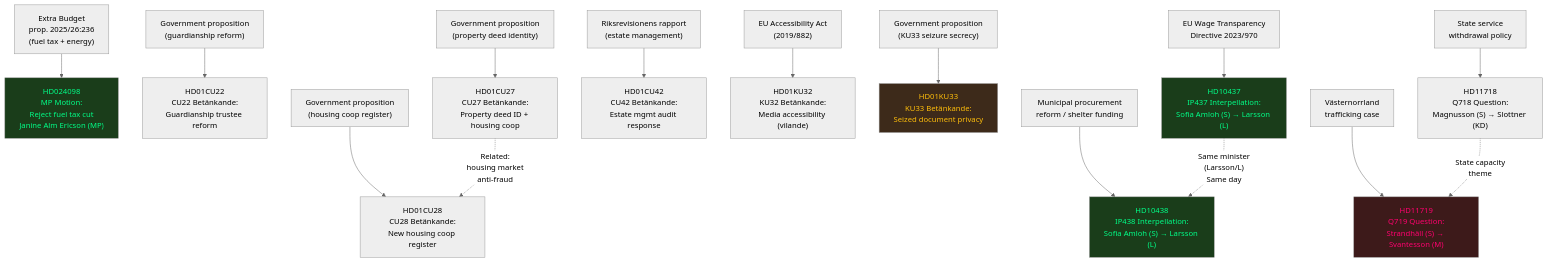
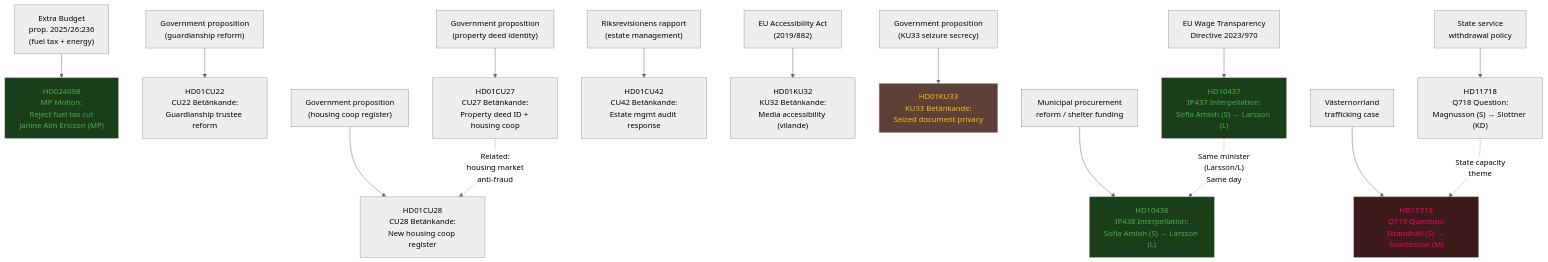
One commit to Hack23/riksdagsmonitor changed the first of 2 diagrams in analysis/daily/2026-04-17/evening-analysis/cross-reference-map.md. Above: the diagram before and after it, drawn with Mermaid (neutral theme). The commit also changed 785 other files, not shown here.

First line of the commit message:
Normalize mermaid colors across 786 analysis artifacts to ISMS Style Guide palette

````diff
--- a/analysis/daily/2026-04-17/evening-analysis/cross-reference-map.md
+++ b/analysis/daily/2026-04-17/evening-analysis/cross-reference-map.md
@@ -11,32 +11,32 @@
 ```mermaid
 graph TD
     EXT["Extra Budget\nprop. 2025/26:236\n(fuel tax + energy)"] --> MP["HD024098\nMP Motion:\nReject fuel tax cut\nJanine Alm Ericson (MP)"]
     
     GOV_GUARD["Government proposition\n(guardianship reform)"] --> CU22["HD01CU22\nCU22 Betänkande:\nGuardianship trustee reform"]
     GOV_DEED["Government proposition\n(property deed identity)"] --> CU27["HD01CU27\nCU27 Betänkande:\nProperty deed ID + housing coop"]
     GOV_REG["Government proposition\n(housing coop register)"] --> CU28["HD01CU28\nCU28 Betänkande:\nNew housing coop register"]
     
     RIKSREV["Riksrevisionens rapport\n(estate management)"] --> CU42["HD01CU42\nCU42 Betänkande:\nEstate mgmt audit response"]
     
     EU_ACCESS["EU Accessibility Act\n(2019/882)"] --> KU32["HD01KU32\nKU32 Betänkande:\nMedia accessibility (vilande)"]
     
     SEIZURE_PROP["Government proposition\n(KU33 seizure secrecy)"] --> KU33["HD01KU33\nKU33 Betänkande:\nSeized document privacy"]
     
     WAGE_DIR["EU Wage Transparency\nDirective 2023/970"] --> IP437["HD10437\nIP437 Interpellation:\nSofia Amloh (S) → Larsson (L)"]
     
     SHELTER_FUND["Municipal procurement\nreform / shelter funding"] --> IP438["HD10438\nIP438 Interpellation:\nSofia Amloh (S) → Larsson (L)"]
     
     STATE_SKANE["State service\nwithdrawal policy"] --> Q718["HD11718\nQ718 Question:\nMagnusson (S) → Slottner (KD)"]
     
     TRAFFIC_CASE["Västernorrland\ntrafficking case"] --> Q719["HD11719\nQ719 Question:\nStrandhäll (S) → Svantesson (M)"]
 
     IP437 -.->|"Same minister\n(Larsson/L)\nSame day"| IP438
     CU27 -.->|"Related:\nhousing market\nanti-fraud"| CU28
     Q718 -.->|"State capacity\ntheme"| Q719
 
     style Q719 fill:#3d1a1a,color:#ff006e
-    style KU33 fill:#3d2a1a,color:#ffbe0b
-    style IP437 fill:#1a3d1a,color:#00ff88
-    style IP438 fill:#1a3d1a,color:#00ff88
-    style MP fill:#1a3d1a,color:#00ff88
+    style KU33 fill:#5D4037,color:#ffbe0b
+    style IP437 fill:#1a3d1a,color:#4CAF50
+    style IP438 fill:#1a3d1a,color:#4CAF50
+    style MP fill:#1a3d1a,color:#4CAF50
 ```
````
